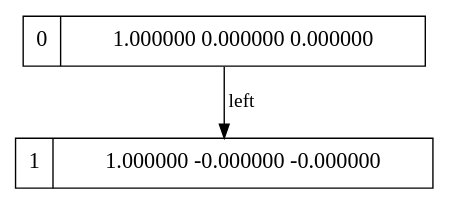
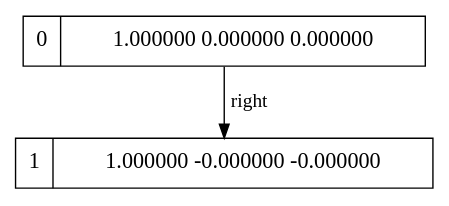
One commit to AryaGosuDev/RayTracer changed the diagram in Render2/north_walloutGraph.dot. Above: the diagram before and after it, drawn with Graphviz. The commit also changed 44 other files, not shown here.

```diff
--- a/Render2/north_walloutGraph.dot
+++ b/Render2/north_walloutGraph.dot
@@ -1,1 +1,1 @@
-digraph g { graph []; node [ fontsize="16" shape = "ellipse"]; edge [];"node0" [ label = "0 | 1.000000 0.000000 0.000000 " shape = "record" ];"node1" [ label = "1 | 1.000000 -0.000000 -0.000000 " shape = "record" ];"node0"-> "node1" [ label = "left"];}
+digraph g { graph []; node [ fontsize="16" shape = "ellipse"]; edge [];"node0" [ label = "0 | 1.000000 0.000000 0.000000 " shape = "record" ];"node1" [ label = "1 | 1.000000 -0.000000 -0.000000 " shape = "record" ];"node0"-> "node1" [ label = "right"];}
```
